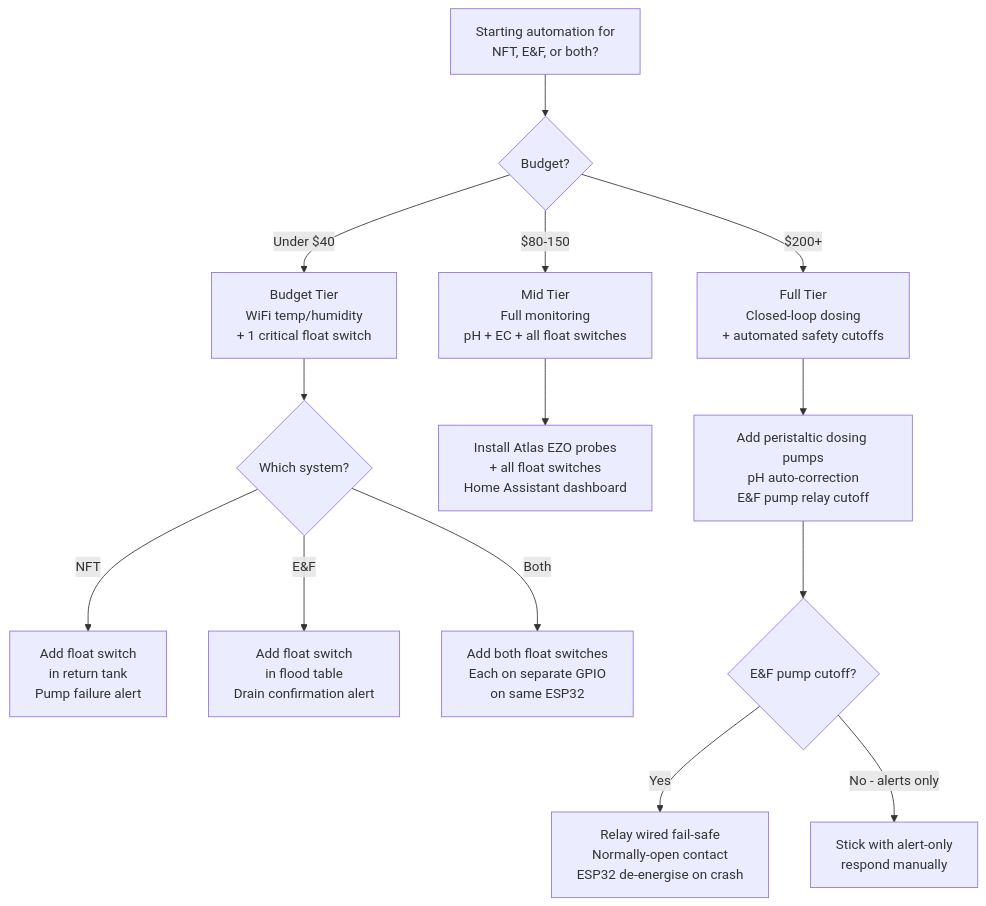
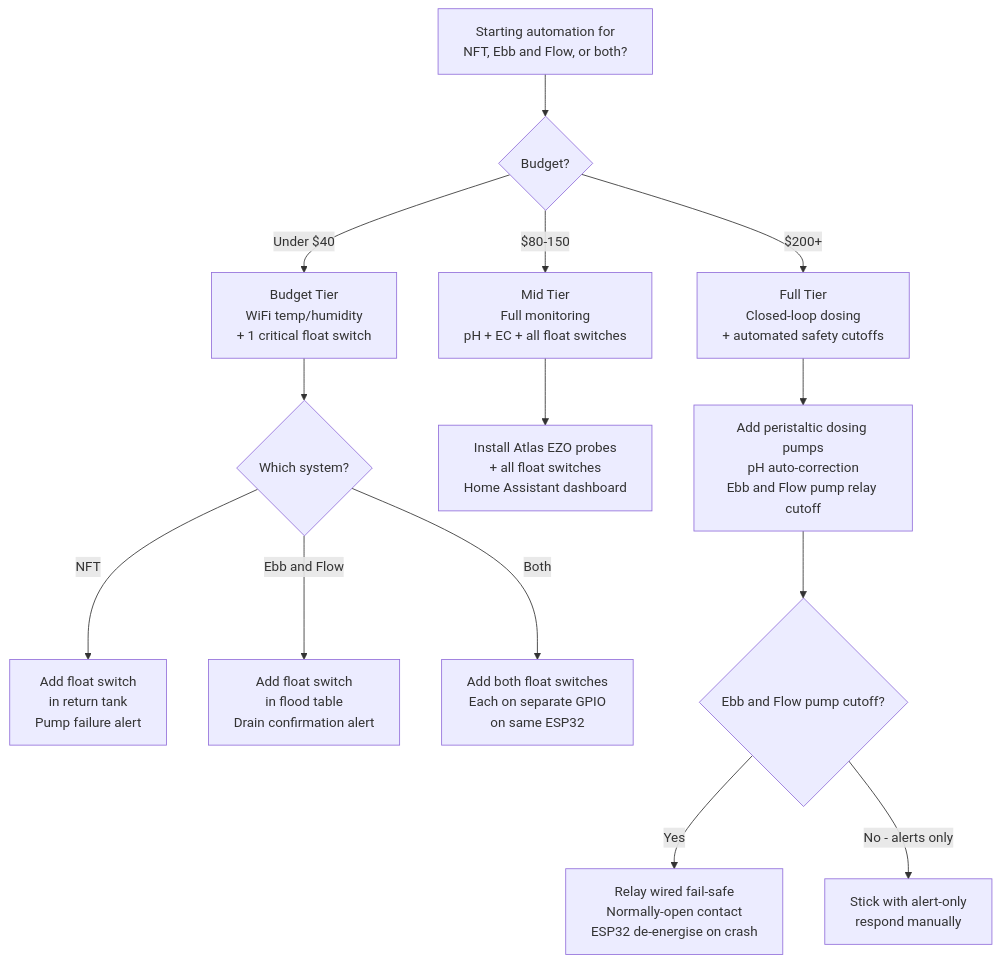
The third of 3 diagrams in guide/compare/03-automation.md (UncleJS/guide_hydroponics), drawn with Mermaid before and after one commit. The commit also changed other lines of this file and 11 other files, not shown here.

````diff
--- a/guide/compare/03-automation.md
+++ b/guide/compare/03-automation.md
@@ -536,16 +536,16 @@
 ```mermaid
 graph TD
-  A[Starting automation for<br/>NFT, E&F, or both?] --> B{Budget?}
+  A[Starting automation for<br/>NFT, Ebb and Flow, or both?] --> B{Budget?}
   B -->|Under $40| C[Budget Tier<br/>WiFi temp/humidity<br/>+ 1 critical float switch]
   B -->|$80-150| D[Mid Tier<br/>Full monitoring<br/>pH + EC + all float switches]
   B -->|$200+| E[Full Tier<br/>Closed-loop dosing<br/>+ automated safety cutoffs]
   C --> F{Which system?}
   F -->|NFT| G[Add float switch<br/>in return tank<br/>Pump failure alert]
-  F -->|E&F| H[Add float switch<br/>in flood table<br/>Drain confirmation alert]
+  F -->|Ebb and Flow| H[Add float switch<br/>in flood table<br/>Drain confirmation alert]
   F -->|Both| I[Add both float switches<br/>Each on separate GPIO<br/>on same ESP32]
   D --> J[Install Atlas EZO probes<br/>+ all float switches<br/>Home Assistant dashboard]
-  E --> K[Add peristaltic dosing pumps<br/>pH auto-correction<br/>E&F pump relay cutoff]
-  K --> L{E&F pump cutoff?}
+  E --> K[Add peristaltic dosing pumps<br/>pH auto-correction<br/>Ebb and Flow pump relay cutoff]
+  K --> L{Ebb and Flow pump cutoff?}
   L -->|Yes| M[Relay wired fail-safe<br/>Normally-open contact<br/>ESP32 de-energise on crash]
   L -->|No - alerts only| N[Stick with alert-only<br/>respond manually]
 ```
````
